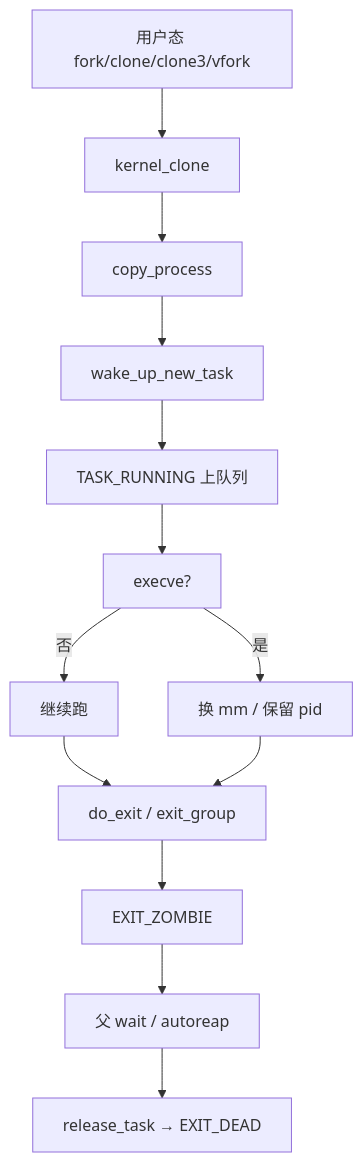
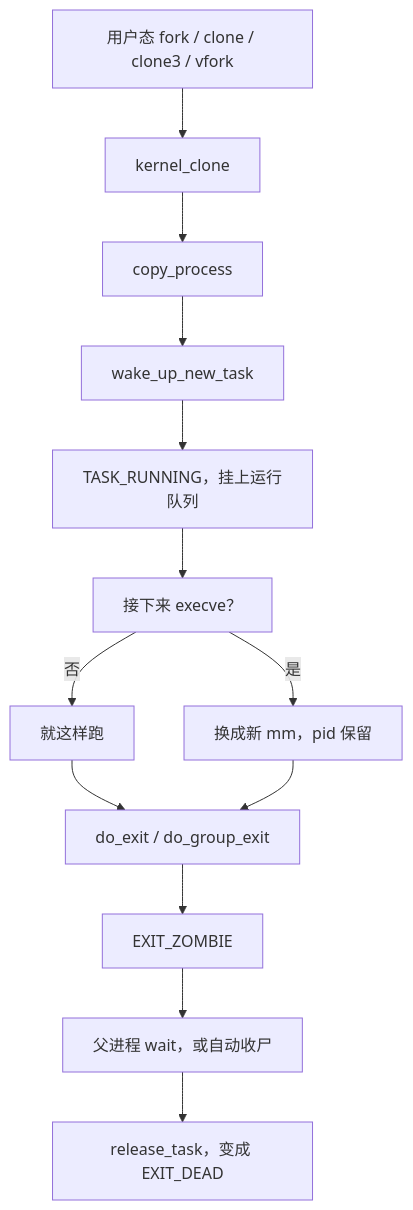
One commit to jinkkkang/kernel-notes changed the diagram in process-management/01-overview.md. Above: the diagram before and after it, drawn with Mermaid. The commit also changed other lines of this file and 10 other files, not shown here.

````diff
--- a/process-management/01-overview.md
+++ b/process-management/01-overview.md
@@ -82,15 +94,15 @@
 ```mermaid
 flowchart TD
-  U["用户态 fork/clone/clone3/vfork"] --> KC["kernel_clone"]
+  U["用户态 fork / clone / clone3 / vfork"] --> KC["kernel_clone"]
   KC --> CP["copy_process"]
   CP --> W["wake_up_new_task"]
-  W --> R["TASK_RUNNING 上队列"]
-  R --> E["execve?"]
-  E -->|是| EX["换 mm / 保留 pid"]
-  E -->|否| RUN["继续跑"]
-  RUN --> X["do_exit / exit_group"]
+  W --> R["TASK_RUNNING，挂上运行队列"]
+  R --> E["接下来 execve？"]
+  E -->|是| EX["换成新 mm，pid 保留"]
+  E -->|否| RUN["就这样跑"]
+  RUN --> X["do_exit / do_group_exit"]
   EX --> X
   X --> Z["EXIT_ZOMBIE"]
-  Z --> W4["父 wait / autoreap"]
-  W4 --> D["release_task → EXIT_DEAD"]
+  Z --> W4["父进程 wait，或自动收尸"]
+  W4 --> D["release_task，变成 EXIT_DEAD"]
 ```
````
